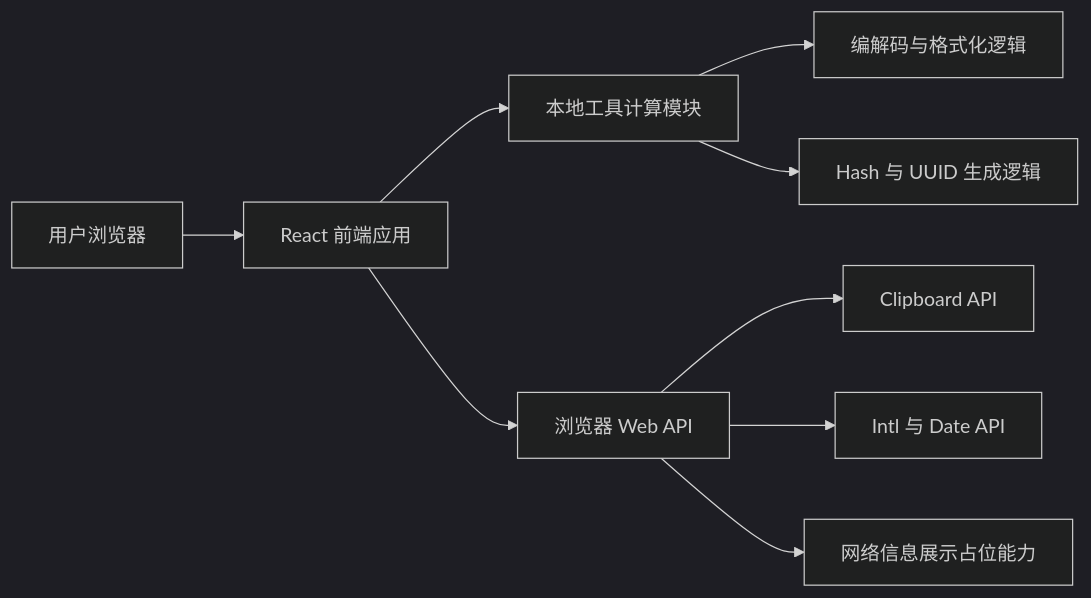
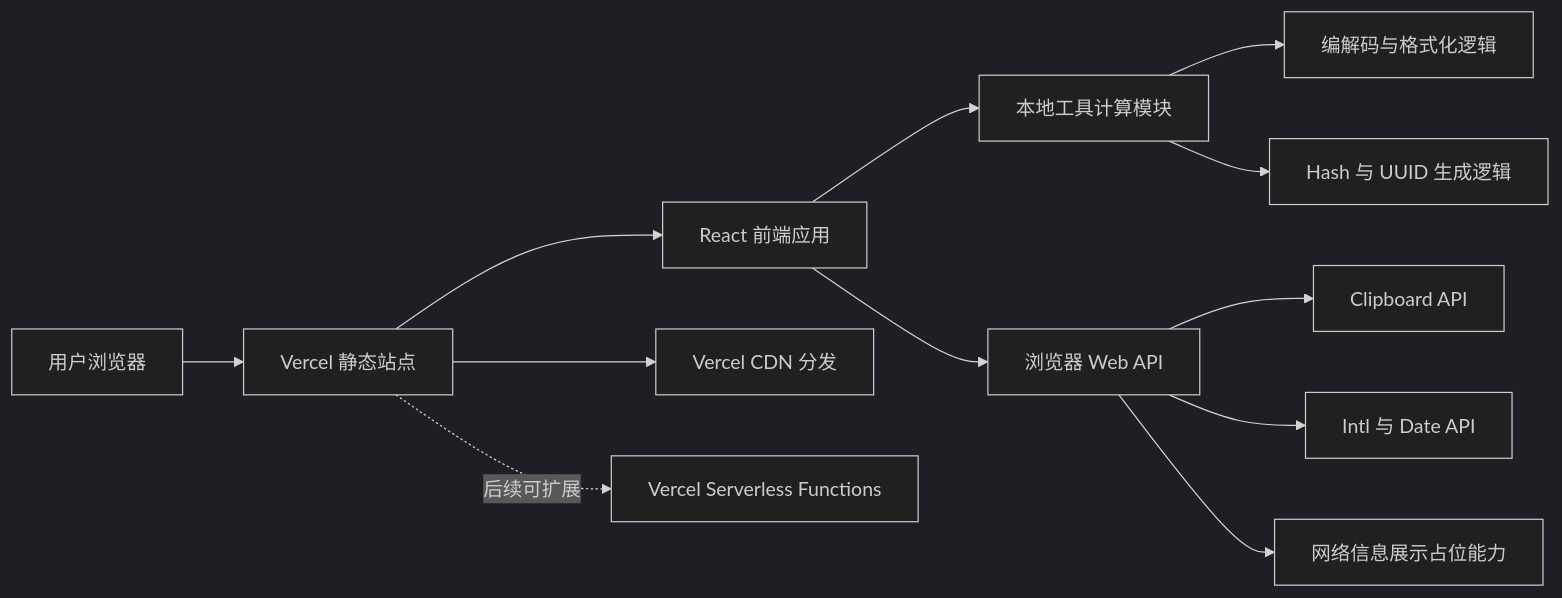
Before and after one commit to lufy33333/convenient-tools: the diagram in .trae/documents/网络工具站-MVP-技术架构文档.md, drawn with Mermaid (dark theme). The commit also changed other lines of this file and 20 other files, not shown here.

````diff
--- a/.trae/documents/网络工具站-MVP-技术架构文档.md
+++ b/.trae/documents/网络工具站-MVP-技术架构文档.md
@@ -2,11 +2,14 @@
 ```mermaid
 flowchart LR
-    A["用户浏览器"] --> B["React 前端应用"]
-    B --> C["本地工具计算模块"]
-    B --> D["浏览器 Web API"]
-    C --> E["编解码与格式化逻辑"]
-    C --> F["Hash 与 UUID 生成逻辑"]
-    D --> G["Clipboard API"]
-    D --> H["Intl 与 Date API"]
-    D --> I["网络信息展示占位能力"]
+    A["用户浏览器"] --> B["Vercel 静态站点"]
+    B --> C["React 前端应用"]
+    C --> D["本地工具计算模块"]
+    C --> E["浏览器 Web API"]
+    B --> F["Vercel CDN 分发"]
+    B -. "后续可扩展" .-> G["Vercel Serverless Functions"]
+    D --> H["编解码与格式化逻辑"]
+    D --> I["Hash 与 UUID 生成逻辑"]
+    E --> J["Clipboard API"]
+    E --> K["Intl 与 Date API"]
+    E --> L["网络信息展示占位能力"]
 ```
````
